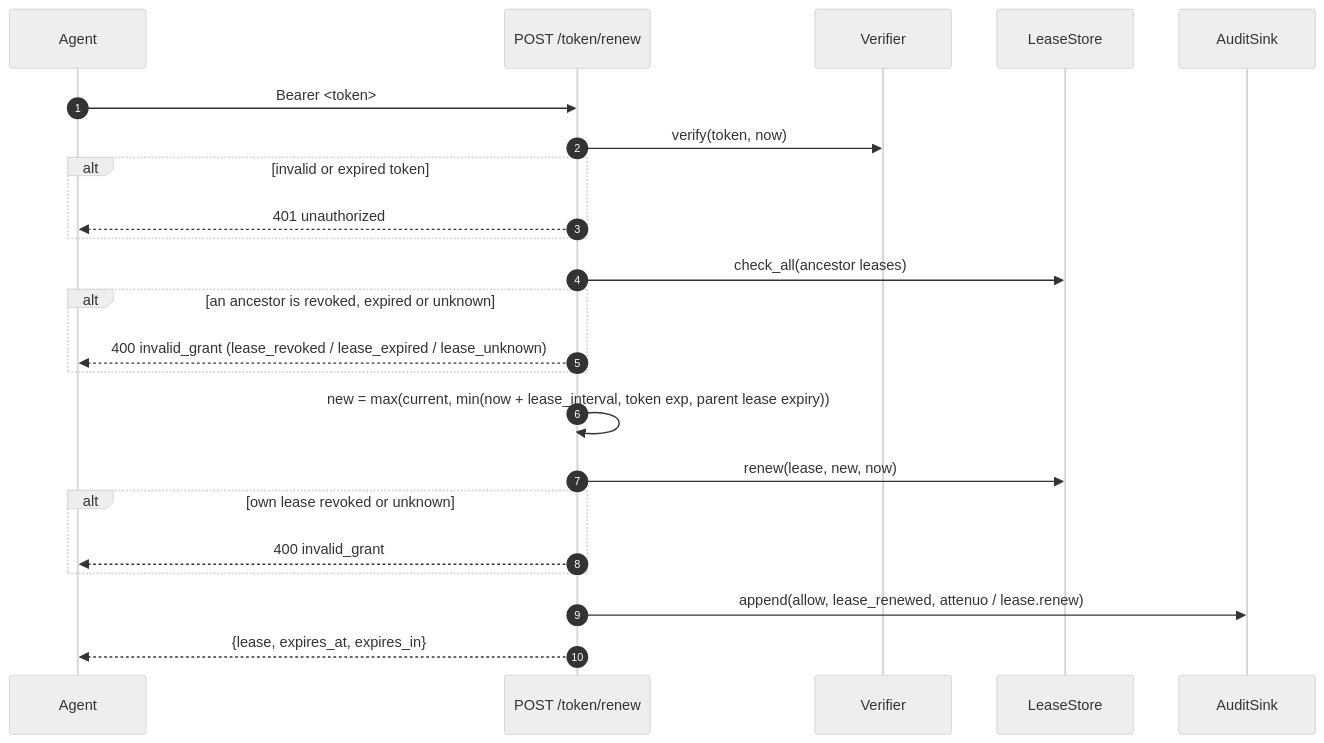
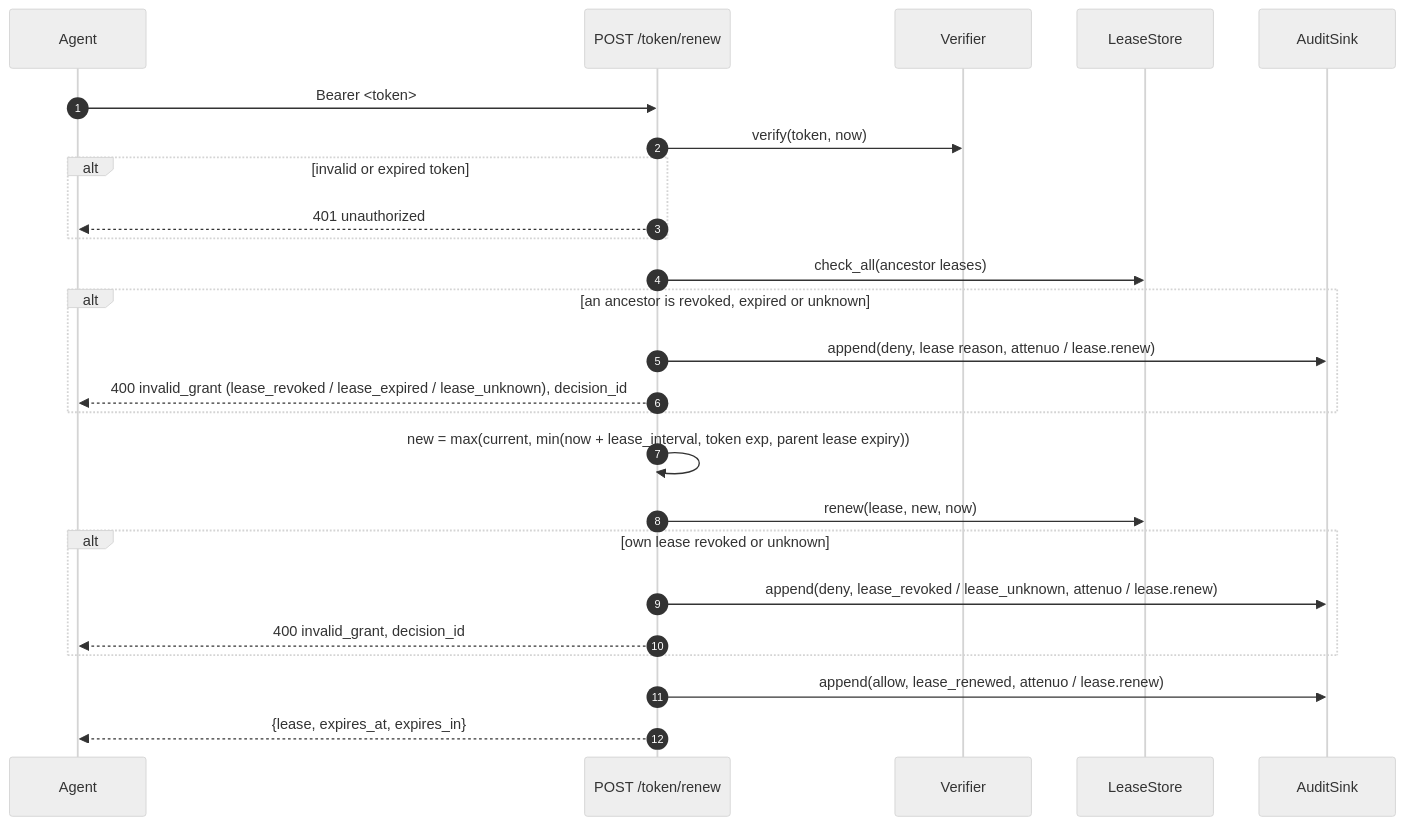
Before and after one commit to attenuo-dev/attenuo: the fourth of 4 diagrams in docs/design/server.md, drawn with Mermaid (neutral theme). The commit also changed other lines of this file and 13 other files, not shown here.

````diff
--- a/docs/design/server.md
+++ b/docs/design/server.md
@@ -334,26 +334,28 @@
 ```mermaid
 sequenceDiagram
     autonumber
     participant C as Agent
     participant R as POST /token/renew
     participant V as Verifier
     participant L as LeaseStore
     participant G as AuditSink
 
     C->>R: Bearer <token>
     R->>V: verify(token, now)
     alt invalid or expired token
         R-->>C: 401 unauthorized
     end
     R->>L: check_all(ancestor leases)
     alt an ancestor is revoked, expired or unknown
-        R-->>C: 400 invalid_grant (lease_revoked / lease_expired / lease_unknown)
+        R->>G: append(deny, lease reason, attenuo / lease.renew)
+        R-->>C: 400 invalid_grant (lease_revoked / lease_expired / lease_unknown), decision_id
     end
     R->>R: new = max(current, min(now + lease_interval, token exp, parent lease expiry))
     R->>L: renew(lease, new, now)
     alt own lease revoked or unknown
-        R-->>C: 400 invalid_grant
+        R->>G: append(deny, lease_revoked / lease_unknown, attenuo / lease.renew)
+        R-->>C: 400 invalid_grant, decision_id
     end
     R->>G: append(allow, lease_renewed, attenuo / lease.renew)
     R-->>C: {lease, expires_at, expires_in}
 ```
````
